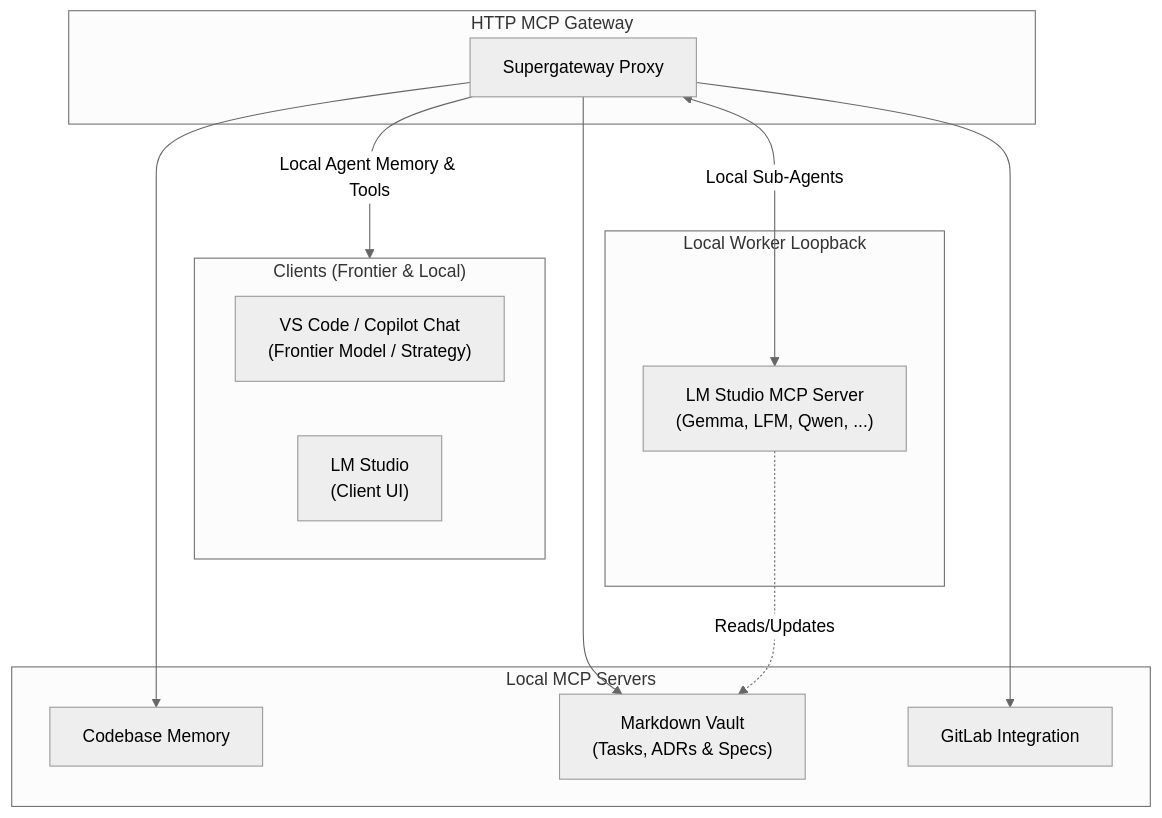
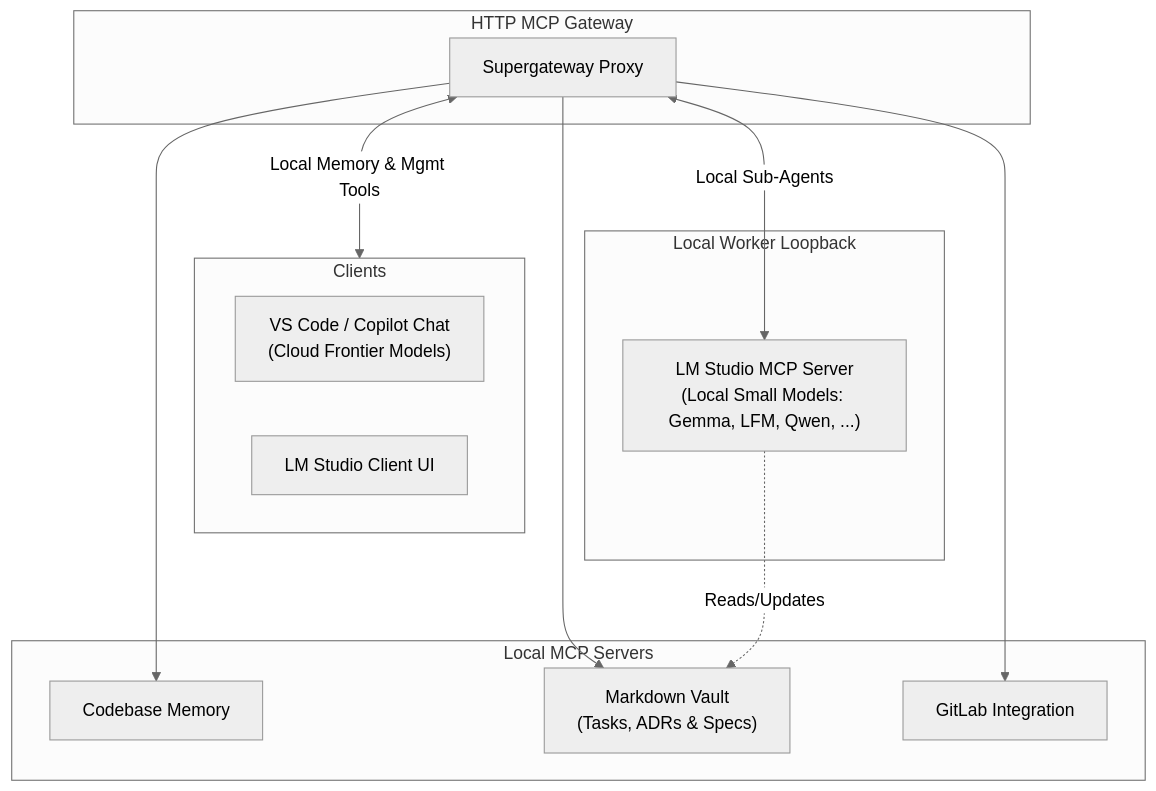
Before and after one commit to Flexi23/vscode-mcp-supergateway: the diagram in README.md, drawn with Mermaid (neutral theme). The commit also changed other lines of this file, not shown here.

````diff
--- a/README.md
+++ b/README.md
@@ -5,33 +19,33 @@
 ```mermaid
 graph
-    subgraph Clients["Clients (Frontier & Local)"]
-        Copilot["VS Code / Copilot Chat<br/>(Frontier Model / Strategy)"]
-        LMStudio_Host["LM Studio<br/>(Client UI)"]
+    subgraph Clients["Clients"]
+        Copilot["VS Code / Copilot Chat<br/>(Cloud Frontier Models)"]
+        LMStudio_Host["LM Studio Client UI"]
     end
 
     subgraph Gateway["HTTP MCP Gateway"]
         Supergateway["Supergateway Proxy"]
     end
 
     subgraph Loopback["Local Worker Loopback"]
-        LMStudio_Worker["LM Studio MCP Server<br>(Gemma, LFM, Qwen, ...)"]
+        LMStudio_Worker["LM Studio MCP Server<br>(Local Small Models: Gemma, LFM, Qwen, ...)"]
     end
 
     subgraph Backends["Local MCP Servers"]
         CodebaseMemory["Codebase Memory"]
         MarkdownVault["Markdown Vault<br>(Tasks, ADRs & Specs)"]
         GitLab["GitLab Integration"]
     end
 
     %% Client connections to Gateway
-    Supergateway -- "Local Agent Memory & Tools" --> Clients
+    Supergateway <-- "Local Memory & Mgmt Tools" --> Clients
     
     %% Gateway routes to Backends and Loopback Worker
     Supergateway --> CodebaseMemory
     Supergateway --> MarkdownVault
     Supergateway --> GitLab
     
     %% Loopback Worker Execution
     Supergateway <-->|"Local Sub-Agents"| LMStudio_Worker
     LMStudio_Worker -. "Reads/Updates" .-> MarkdownVault
 ```
````
